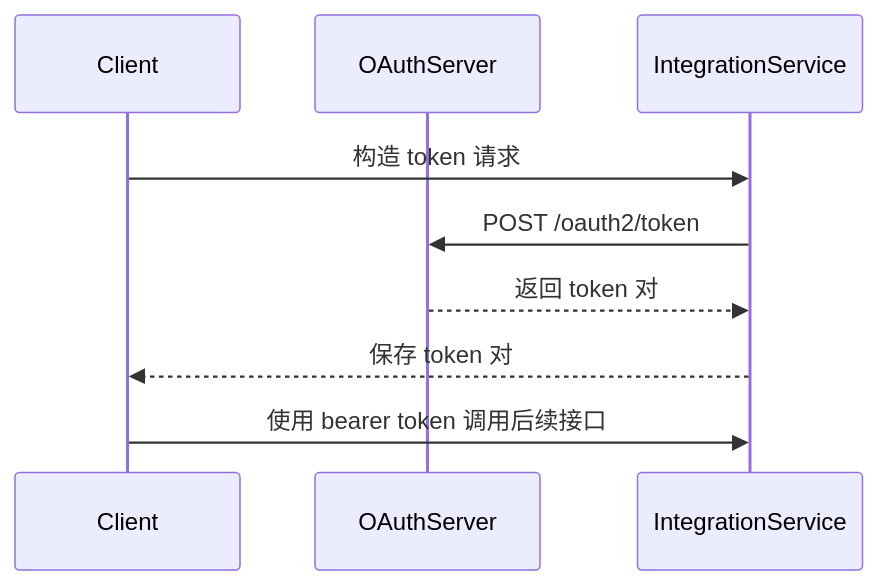
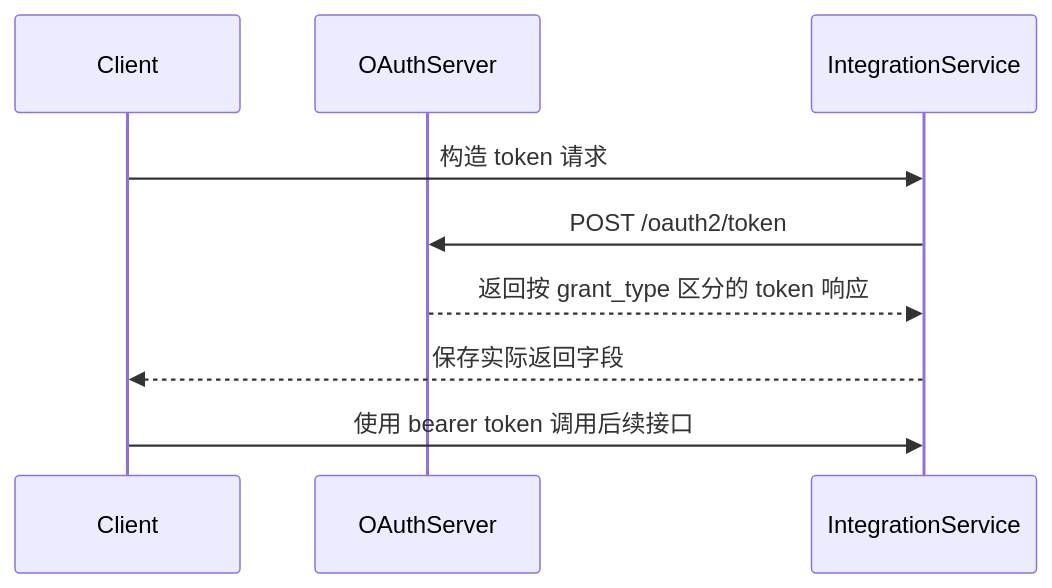
Before and after one commit to EugeneJian/growatt-unified-api: the diagram in Growatt API/OPENAPI.zh-CN/02_api_access_token.md, drawn with Mermaid. The commit also changed other lines of this file and 26 other files, not shown here.

````diff
--- a/Growatt API/OPENAPI.zh-CN/02_api_access_token.md
+++ b/Growatt API/OPENAPI.zh-CN/02_api_access_token.md
@@ -20,13 +20,13 @@
 ```mermaid
 %% 本代码严格遵循AI生成Mermaid代码的终极准则v4.1（Mermaid终极大师）
 sequenceDiagram
     participant Client as Client
     participant OAuth as OAuthServer
     participant App as IntegrationService
 
     Client->>App: 构造 token 请求
     App->>OAuth: POST /oauth2/token
-    OAuth-->>App: 返回 token 对
-    App-->>Client: 保存 token 对
+    OAuth-->>App: 返回按 grant_type 区分的 token 响应
+    App-->>Client: 保存实际返回字段
     Client->>App: 使用 bearer token 调用后续接口
 ```
````
